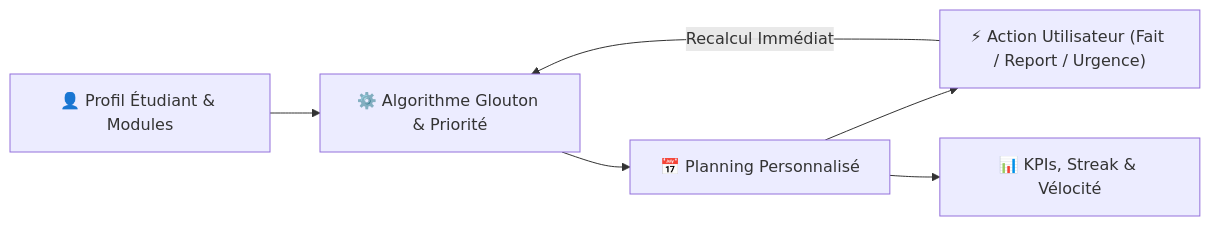
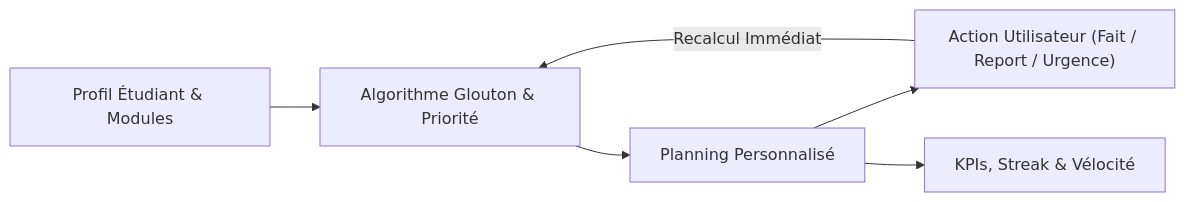
The diagram in README.md (Godwin-08/RevisionFlow), drawn with Mermaid before and after one commit. The commit also changed other lines of this file, not shown here.

````diff
--- a/README.md
+++ b/README.md
@@ -50,8 +50,8 @@
 ```mermaid
 flowchart LR
-    A["👤 Profil Étudiant & Modules"] --> B["⚙️ Algorithme Glouton & Priorité"]
-    B --> C["📅 Planning Personnalisé"]
-    C --> D["⚡ Action Utilisateur (Fait / Report / Urgence)"]
+    A["Profil Étudiant & Modules"] --> B["Algorithme Glouton & Priorité"]
+    B --> C["Planning Personnalisé"]
+    C --> D["Action Utilisateur (Fait / Report / Urgence)"]
     D -->|"Recalcul Immédiat"| B
-    C --> E["📊 KPIs, Streak & Vélocité"]
+    C --> E["KPIs, Streak & Vélocité"]
 ```
````
